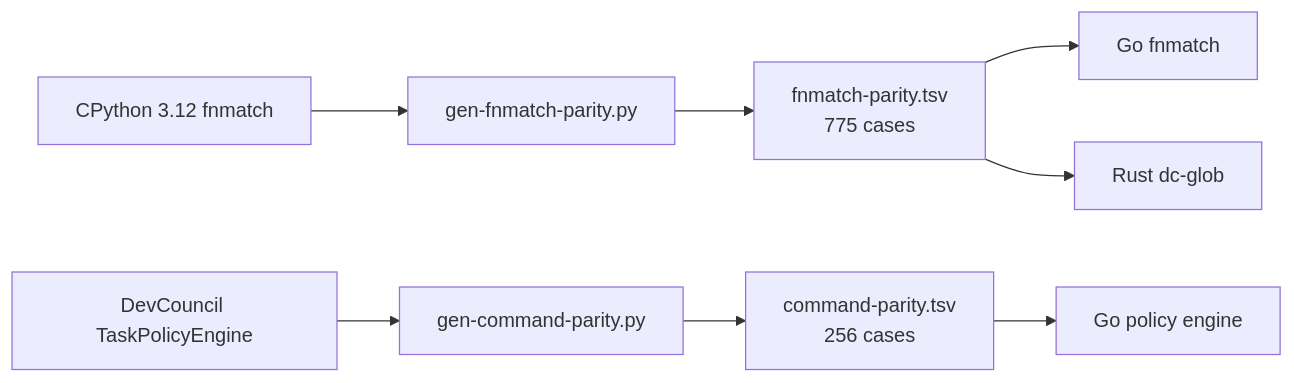
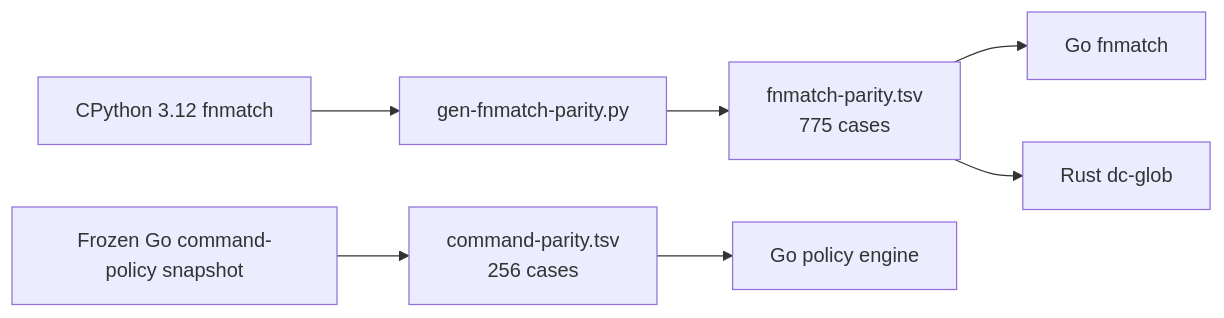
The seventh of 9 diagrams in README.md (bharathvbcr/Manvi), drawn with Mermaid before and after one commit. The commit also changed other lines of this file and 299 other files, not shown here.

````diff
--- a/README.md
+++ b/README.md
@@ -292,11 +294,10 @@
 ```mermaid
 flowchart LR
     CPython["CPython 3.12 fnmatch"] --> G1["gen-fnmatch-parity.py"]
     G1 --> TSV1["fnmatch-parity.tsv<br/>775 cases"]
     TSV1 --> GoF["Go fnmatch"]
     TSV1 --> RustG["Rust dc-glob"]
 
-    PyEngine["DevCouncil TaskPolicyEngine"] --> G2["gen-command-parity.py"]
-    G2 --> TSV2["command-parity.tsv<br/>256 cases"]
+    Frozen["Frozen Go command-policy snapshot"] --> TSV2["command-parity.tsv<br/>256 cases"]
     TSV2 --> GoP["Go policy engine"]
 ```
````
